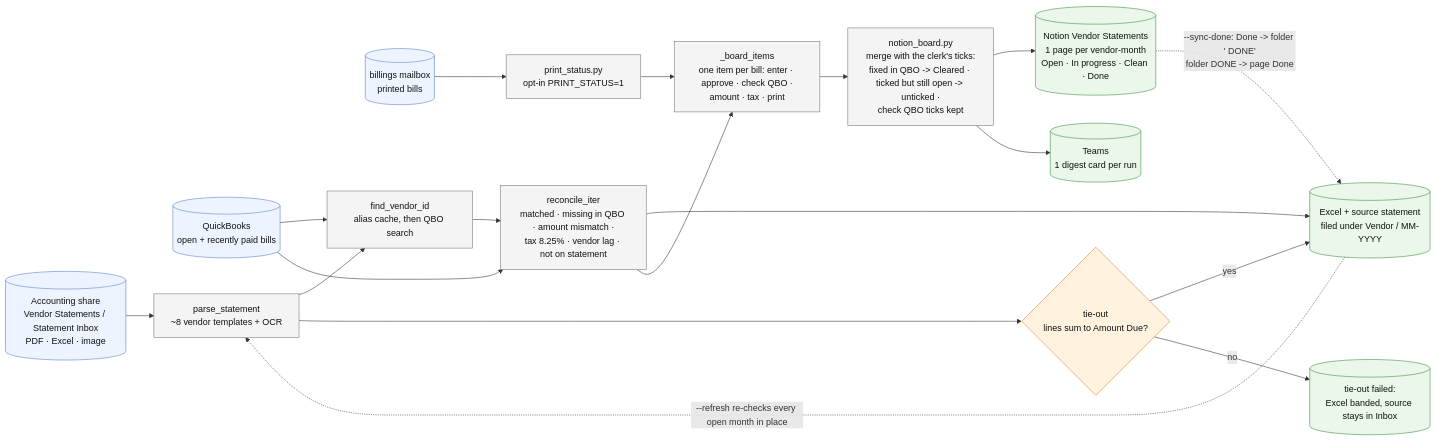
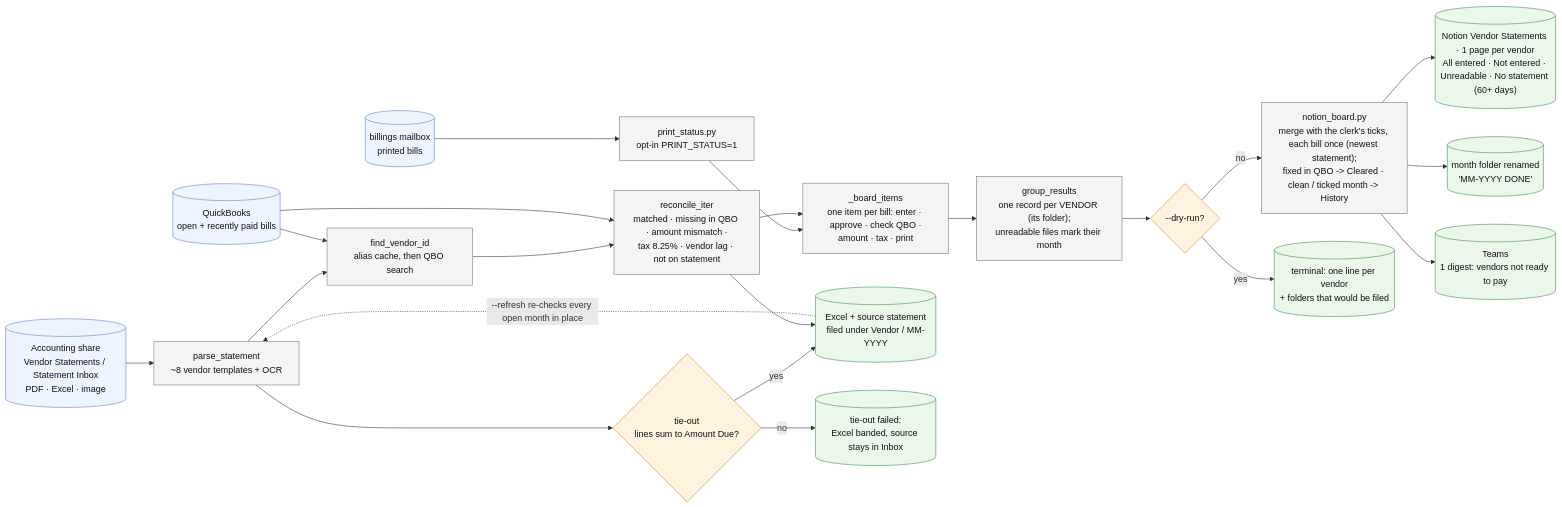
The diagram in statement-reconciler/FLOW.md (Ecarlo-Proficient/Claude-Report), drawn with Mermaid before and after one commit. The commit also changed other lines of this file and 8 other files, not shown here.

First line of the commit message:
statement-reconciler: Notion board is one page per vendor, coloured by "is every statement bill entered in QBO?"; first live run

````diff
--- a/statement-reconciler/FLOW.md
+++ b/statement-reconciler/FLOW.md
@@ -10,37 +10,43 @@
 ```mermaid
 flowchart LR
     classDef src fill:#eef4ff,stroke:#5b7fc7,color:#111
     classDef tool fill:#f4f4f4,stroke:#777,color:#111
     classDef gate fill:#fff3e0,stroke:#d9822b,color:#111
     classDef out fill:#eaf7ea,stroke:#3c8d40,color:#111
 
     INBOX[("Accounting share<br/>Vendor Statements / Statement Inbox<br/>PDF · Excel · image")]:::src
     QBO[("QuickBooks<br/>open + recently paid bills")]:::src
     MBX[("billings mailbox<br/>printed bills")]:::src
 
     PARSE["parse_statement<br/>~8 vendor templates + OCR"]:::tool
     VEND["find_vendor_id<br/>alias cache, then QBO search"]:::tool
     TIE{"tie-out<br/>lines sum to Amount Due?"}:::gate
     REC["reconcile_iter<br/>matched · missing in QBO · amount mismatch ·<br/>tax 8.25% · vendor lag · not on statement"]:::tool
     PS["print_status.py<br/>opt-in PRINT_STATUS=1"]:::tool
     ITEMS["_board_items<br/>one item per bill: enter · approve · check QBO ·<br/>amount · tax · print"]:::tool
-    NB["notion_board.py<br/>merge with the clerk's ticks:<br/>fixed in QBO -> Cleared · ticked but still open -> unticked ·<br/>check QBO ticks kept"]:::tool
+    GRP["group_results<br/>one record per VENDOR (its folder);<br/>unreadable files mark their month"]:::tool
+    NB["notion_board.py<br/>merge with the clerk's ticks, each bill once (newest statement);<br/>fixed in QBO -> Cleared · clean / ticked month -> History"]:::tool
+    PREV{"--dry-run?"}:::gate
 
     XLSX[("Excel + source statement<br/>filed under Vendor / MM-YYYY")]:::out
     HELD[("tie-out failed:<br/>Excel banded, source stays in Inbox")]:::out
-    PAGE[("Notion Vendor Statements<br/>1 page per vendor-month<br/>Open · In progress · Clean · Done")]:::out
-    TEAMS[("Teams<br/>1 digest card per run")]:::out
+    PAGE[("Notion Vendor Statements · 1 page per vendor<br/>All entered · Not entered · Unreadable · No statement (60+ days)")]:::out
+    DONE[("month folder renamed<br/>'MM-YYYY DONE'")]:::out
+    TEAMS[("Teams<br/>1 digest: vendors not ready to pay")]:::out
+    PRINT[("terminal: one line per vendor<br/>+ folders that would be filed")]:::out
 
     INBOX --> PARSE --> VEND --> REC
     QBO --> VEND
     QBO --> REC
     PARSE --> TIE
     TIE -- yes --> XLSX
     TIE -- no --> HELD
     REC --> XLSX
     MBX --> PS --> ITEMS
-    REC --> ITEMS --> NB --> PAGE
+    REC --> ITEMS --> GRP --> PREV
+    PREV -- yes --> PRINT
+    PREV -- no --> NB --> PAGE
+    NB --> DONE
     NB --> TEAMS
-    PAGE -. "--sync-done: Done -> folder '<MM-YYYY> DONE'<br/>folder DONE -> page Done" .-> XLSX
     XLSX -. "--refresh re-checks every open month in place" .-> PARSE
 ```
````
